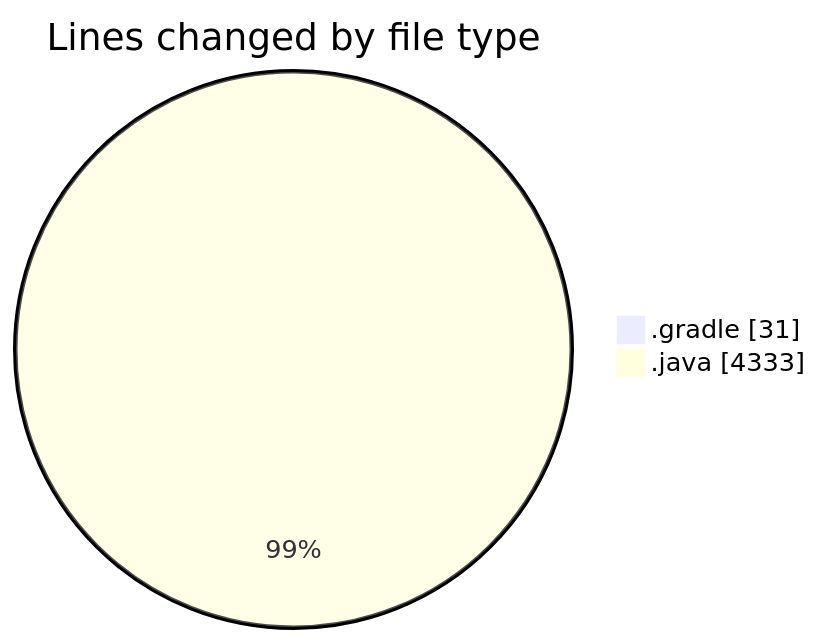
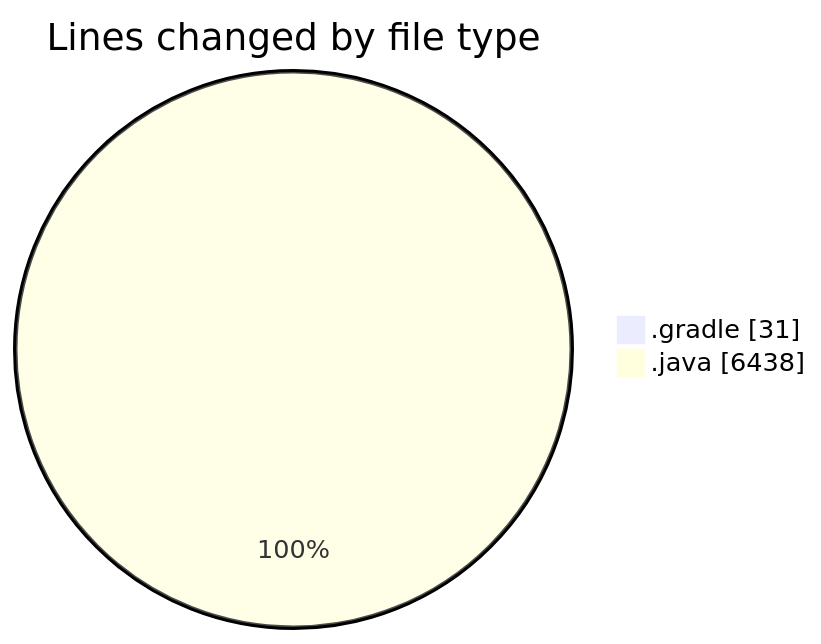
The first of 2 diagrams in 2025-02-21/micros/README.md (charlie-sans/code-tracking), drawn with Mermaid before and after one commit. The commit also changed other lines of this file and 1 other file, not shown here.

````diff
--- a/2025-02-21/micros/README.md
+++ b/2025-02-21/micros/README.md
@@ -40,6 +44,6 @@
 ```mermaid
 pie showData
 title Lines changed by file type
 ".gradle" : 31
-".java" : 4333
+".java" : 6438
 ```
````
